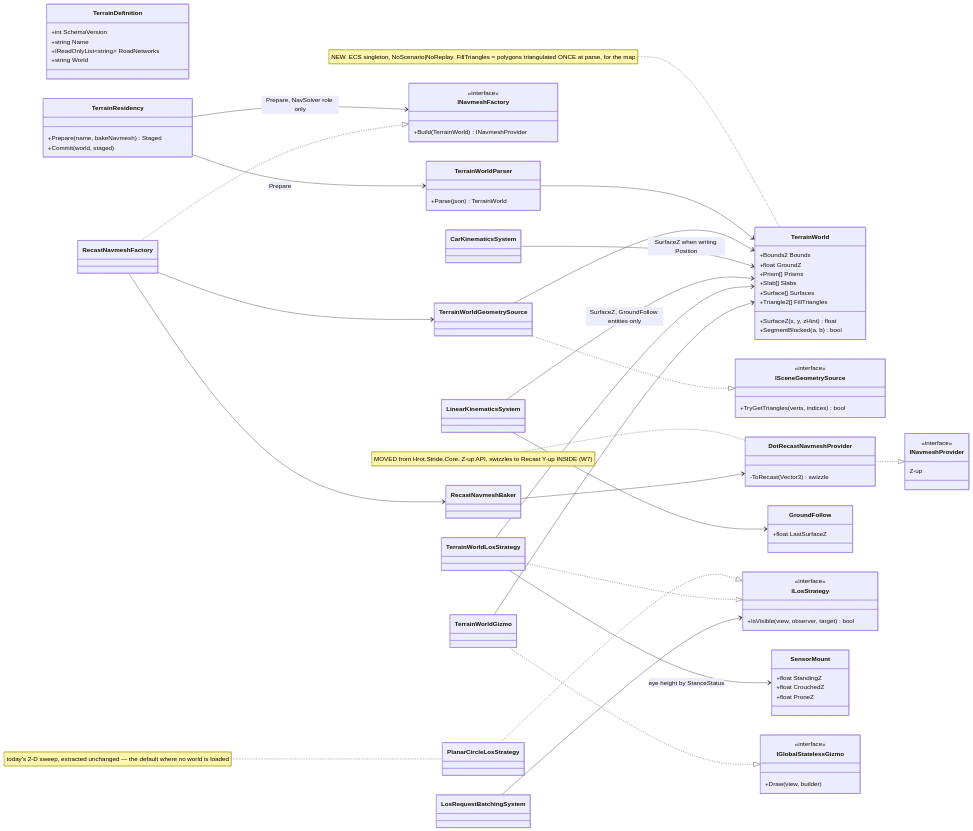
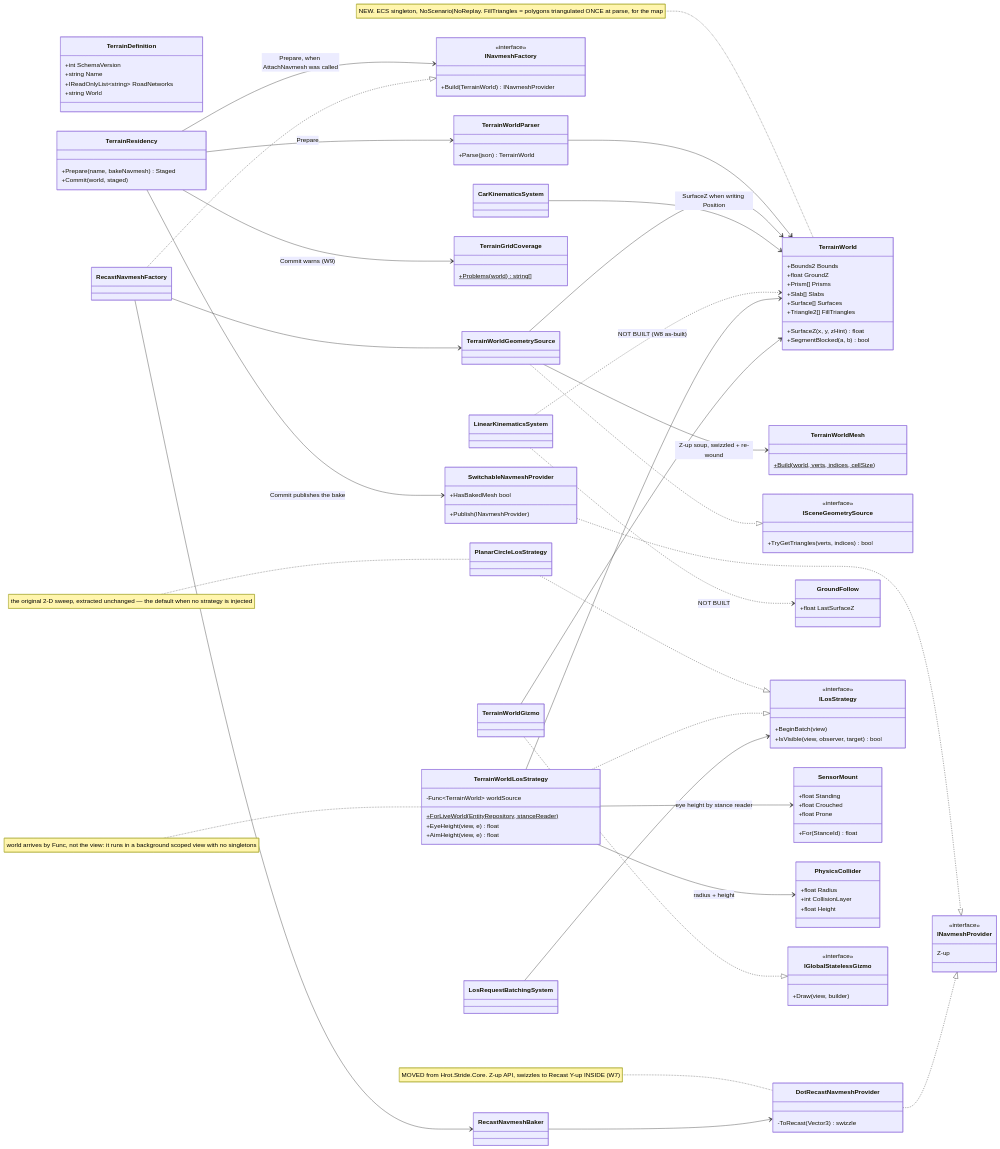
One commit to pjanec/HROT changed the first of 5 diagrams in docs/DESIGN_Terrain_World.md. Above: the diagram before and after it, drawn with Mermaid. The commit also changed other lines of this file and 38 other files, not shown here.

````diff
--- a/docs/DESIGN_Terrain_World.md
+++ b/docs/DESIGN_Terrain_World.md
@@ -112,6 +112,16 @@
   }
   class RecastNavmeshFactory
   class TerrainWorldGeometrySource
+  class TerrainWorldMesh {
+    +Build(world, verts, indices, cellSize)$
+  }
+  class SwitchableNavmeshProvider {
+    +Publish(INavmeshProvider)
+    +HasBakedMesh bool
+  }
+  class TerrainGridCoverage {
+    +Problems(world)$ string[]
+  }
   class ISceneGeometrySource {
     <<interface>>
     +TryGetTriangles(verts, indices) bool
@@ -131,14 +141,26 @@
   }
   class ILosStrategy {
     <<interface>>
+    +BeginBatch(view)
     +IsVisible(view, observer, target) bool
   }
   class PlanarCircleLosStrategy
-  class TerrainWorldLosStrategy
+  class TerrainWorldLosStrategy {
+    +ForLiveWorld(EntityRepository, stanceReader)$
+    -Func~TerrainWorld~ worldSource
+    +EyeHeight(view, e) float
+    +AimHeight(view, e) float
+  }
   class SensorMount {
-    +float StandingZ
-    +float CrouchedZ
-    +float ProneZ
+    +float Standing
+    +float Crouched
+    +float Prone
+    +For(StanceId) float
+  }
+  class PhysicsCollider {
+    +float Radius
+    +int CollisionLayer
+    +float Height
   }
   class LosRequestBatchingSystem
   class TerrainWorldGizmo
@@ -147,7 +169,11 @@
     +Draw(view, builder)
   }
   TerrainResidency --> TerrainWorldParser : Prepare
-  TerrainResidency --> INavmeshFactory : Prepare, NavSolver role only
+  TerrainResidency --> INavmeshFactory : Prepare, when AttachNavmesh was called
+  TerrainResidency --> SwitchableNavmeshProvider : Commit publishes the bake
+  TerrainResidency --> TerrainGridCoverage : Commit warns (W9)
+  SwitchableNavmeshProvider ..|> INavmeshProvider
+  TerrainWorldGeometrySource --> TerrainWorldMesh : Z-up soup, swizzled + re-wound
   TerrainWorldParser --> TerrainWorld
   RecastNavmeshFactory ..|> INavmeshFactory
   RecastNavmeshFactory --> TerrainWorldGeometrySource
@@ -157,16 +183,18 @@
   DotRecastNavmeshProvider ..|> INavmeshProvider
   RecastNavmeshBaker --> DotRecastNavmeshProvider
   CarKinematicsSystem --> TerrainWorld : SurfaceZ when writing Position
-  LinearKinematicsSystem --> TerrainWorld : SurfaceZ, GroundFollow entities only
-  LinearKinematicsSystem --> GroundFollow
+  LinearKinematicsSystem ..> TerrainWorld : NOT BUILT (W8 as-built)
+  LinearKinematicsSystem ..> GroundFollow : NOT BUILT
   PlanarCircleLosStrategy ..|> ILosStrategy
   TerrainWorldLosStrategy ..|> ILosStrategy
   TerrainWorldLosStrategy --> TerrainWorld
-  TerrainWorldLosStrategy --> SensorMount : eye height by StanceStatus
+  TerrainWorldLosStrategy --> SensorMount : eye height by stance reader
+  TerrainWorldLosStrategy --> PhysicsCollider : radius + height
   LosRequestBatchingSystem --> ILosStrategy
   TerrainWorldGizmo ..|> IGlobalStatelessGizmo
   TerrainWorldGizmo --> TerrainWorld
   note for TerrainWorld "NEW. ECS singleton, NoScenario|NoReplay. FillTriangles = polygons triangulated ONCE at parse, for the map"
   note for DotRecastNavmeshProvider "MOVED from Hrot.Stride.Core. Z-up API, swizzles to Recast Y-up INSIDE (W7)"
-  note for PlanarCircleLosStrategy "today's 2-D sweep, extracted unchanged — the default where no world is loaded"
+  note for PlanarCircleLosStrategy "the original 2-D sweep, extracted unchanged — the default when no strategy is injected"
+  note for TerrainWorldLosStrategy "world arrives by Func, not the view: it runs in a background scoped view with no singletons"
 ```
````
